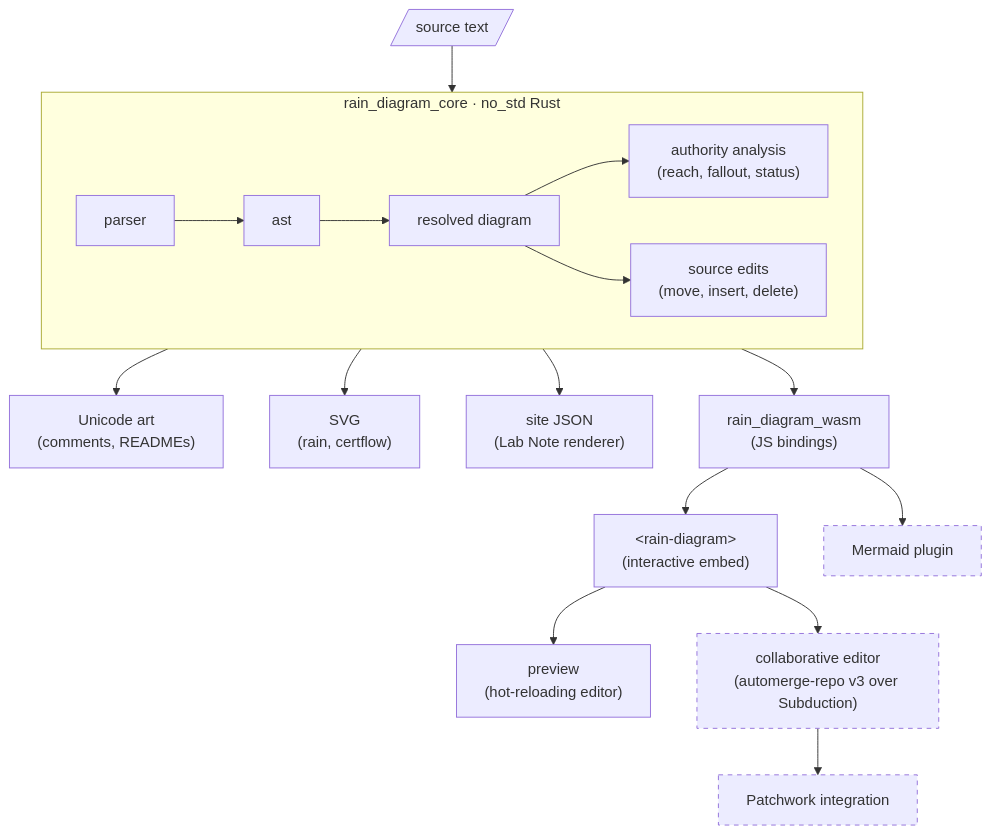
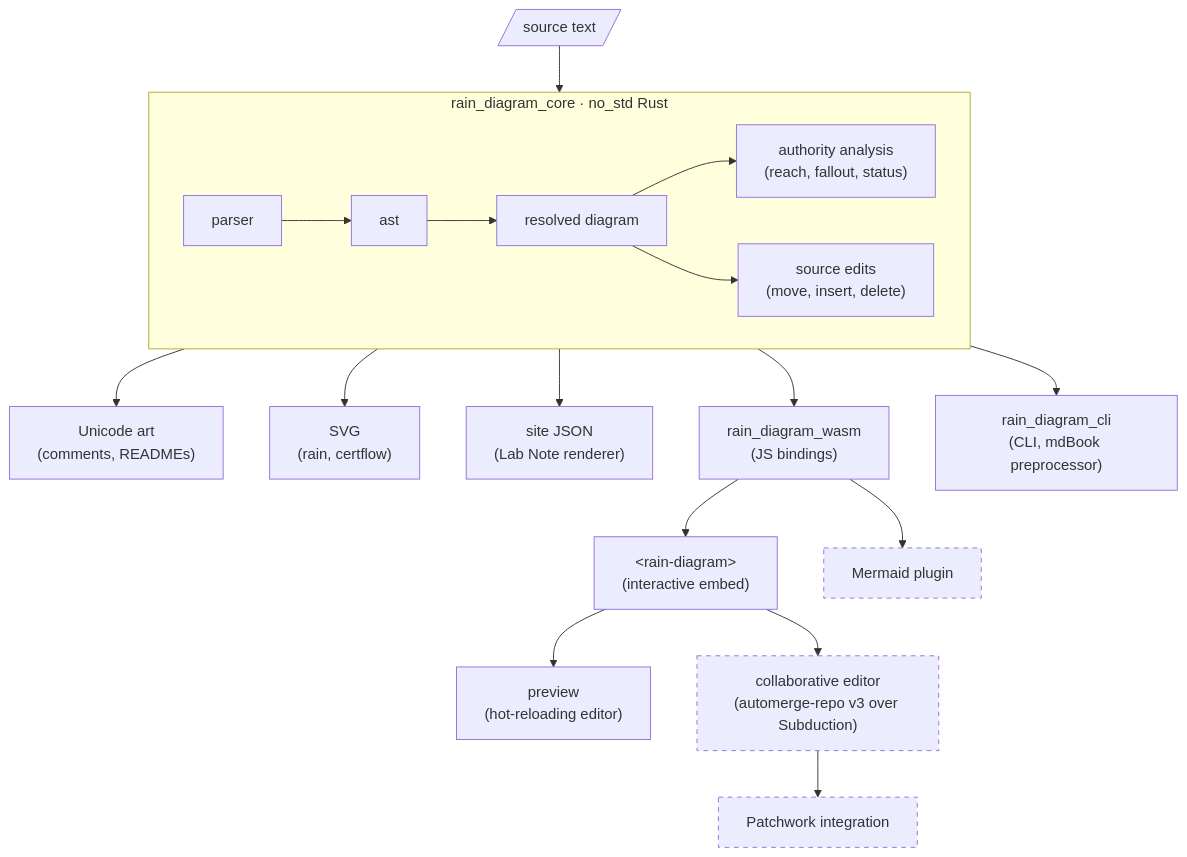
Before and after one commit to inkandswitch/downpour: the diagram in README.md, drawn with Mermaid. The commit also changed other lines of this file and 16 other files, not shown here.

````diff
--- a/README.md
+++ b/README.md
@@ -83,25 +83,26 @@
 ```mermaid
 flowchart TD
     source[/"source text"/] --> core
 
     subgraph core["rain_diagram_core · no_std Rust"]
         direction LR
         parser --> ast --> diagram["resolved diagram"]
         diagram --> analysis["authority analysis<br/>(reach, fallout, status)"]
         diagram --> edits["source edits<br/>(move, insert, delete)"]
     end
 
     core --> text["Unicode art<br/>(comments, READMEs)"]
     core --> svg["SVG<br/>(rain, certflow)"]
     core --> site["site JSON<br/>(Lab Note renderer)"]
     core --> wasm["rain_diagram_wasm<br/>(JS bindings)"]
+    core --> cli["rain_diagram_cli<br/>(CLI, mdBook preprocessor)"]
 
     wasm --> component["&lt;rain-diagram&gt;<br/>(interactive embed)"]
     wasm --> mermaid["Mermaid plugin"]
     component --> preview["preview<br/>(hot-reloading editor)"]
     component --> editor["collaborative editor<br/>(automerge-repo v3 over Subduction)"]
     editor --> patchwork["Patchwork integration"]
 
     classDef planned stroke-dasharray: 5 5
     class mermaid,editor,patchwork planned
 ```
````
